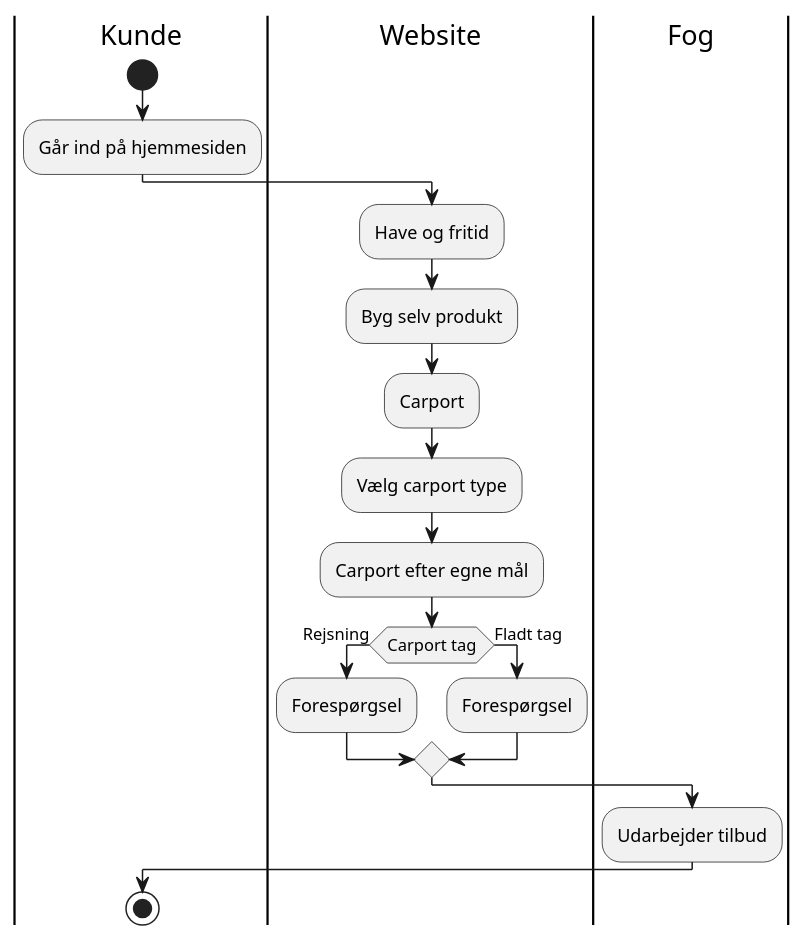
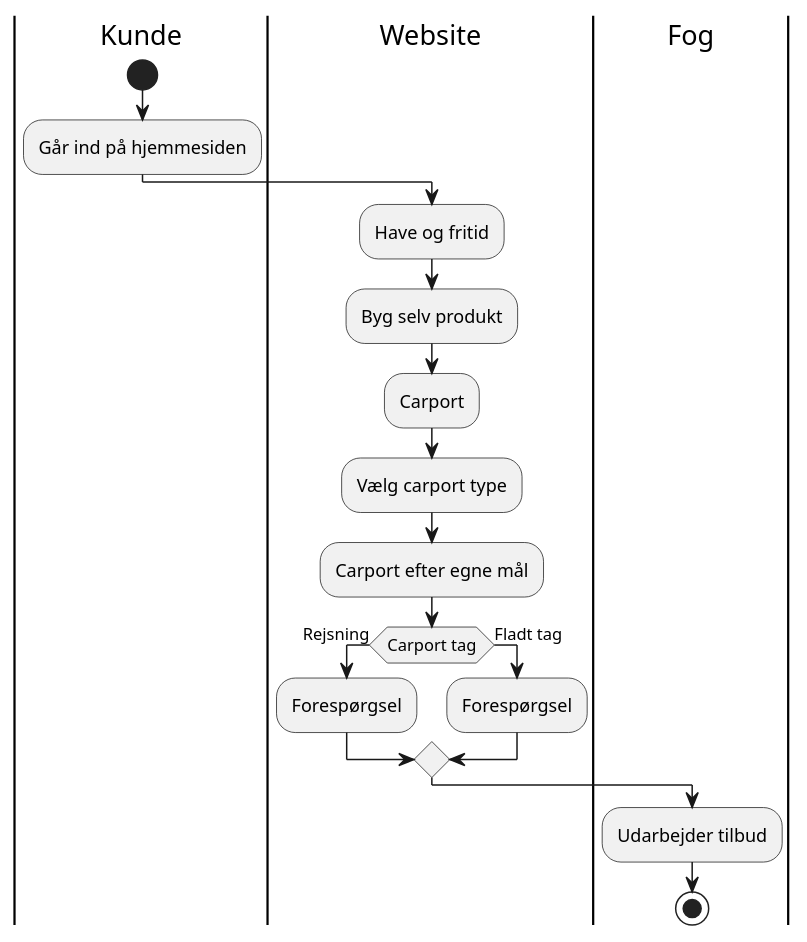
One commit to coerth/carport changed the diagram in src/diagrammer/As-Is-Kunde.puml. Above: the diagram before and after it, drawn with PlantUML. The commit also changed 1 other file, not shown here.

```diff
--- a/src/diagrammer/As-Is-Kunde.puml
+++ b/src/diagrammer/As-Is-Kunde.puml
@@ -1,20 +1,19 @@
 @startuml
 |Kunde|
 start
 :Går ind på hjemmesiden;
 |Website|
 :Have og fritid;
 :Byg selv produkt;
 :Carport;
 :Vælg carport type;
 :Carport efter egne mål;
 if (Carport tag) then (Rejsning)
   :Forespørgsel;
 else (Fladt tag)
   :Forespørgsel;
 endif
 |Fog|
 :Udarbejder tilbud;
-|Kunde|
 stop
 @enduml
```
